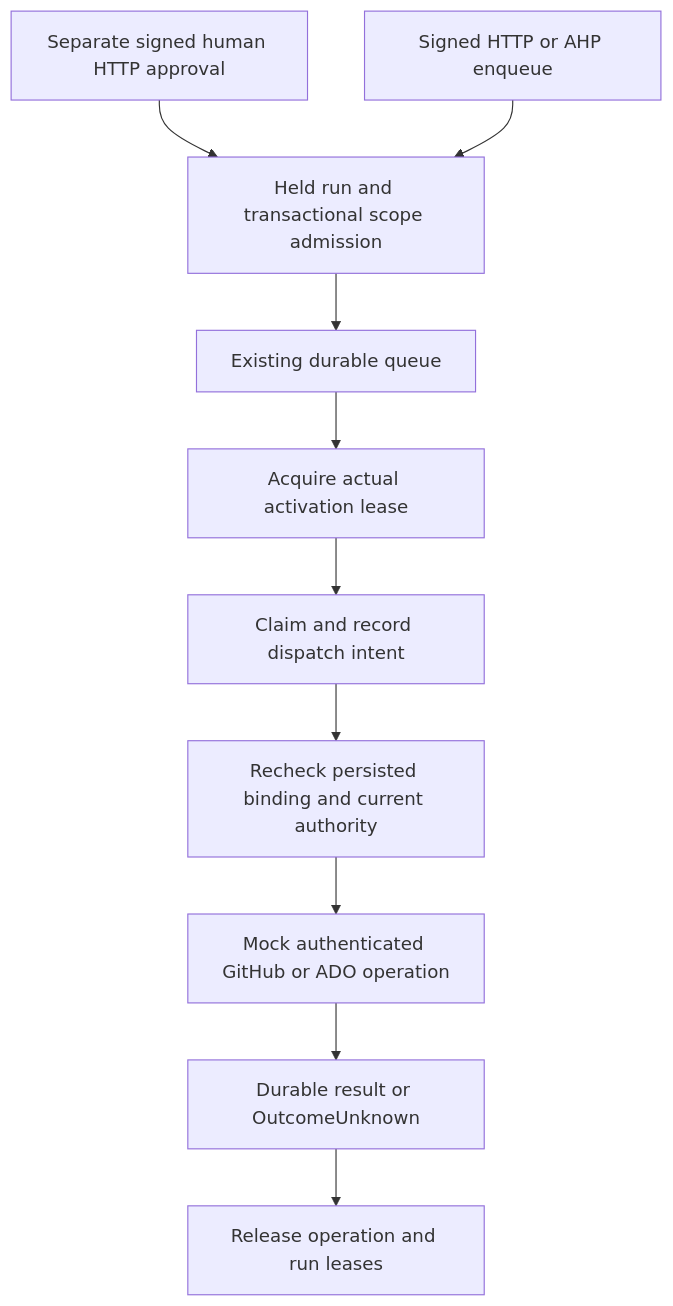
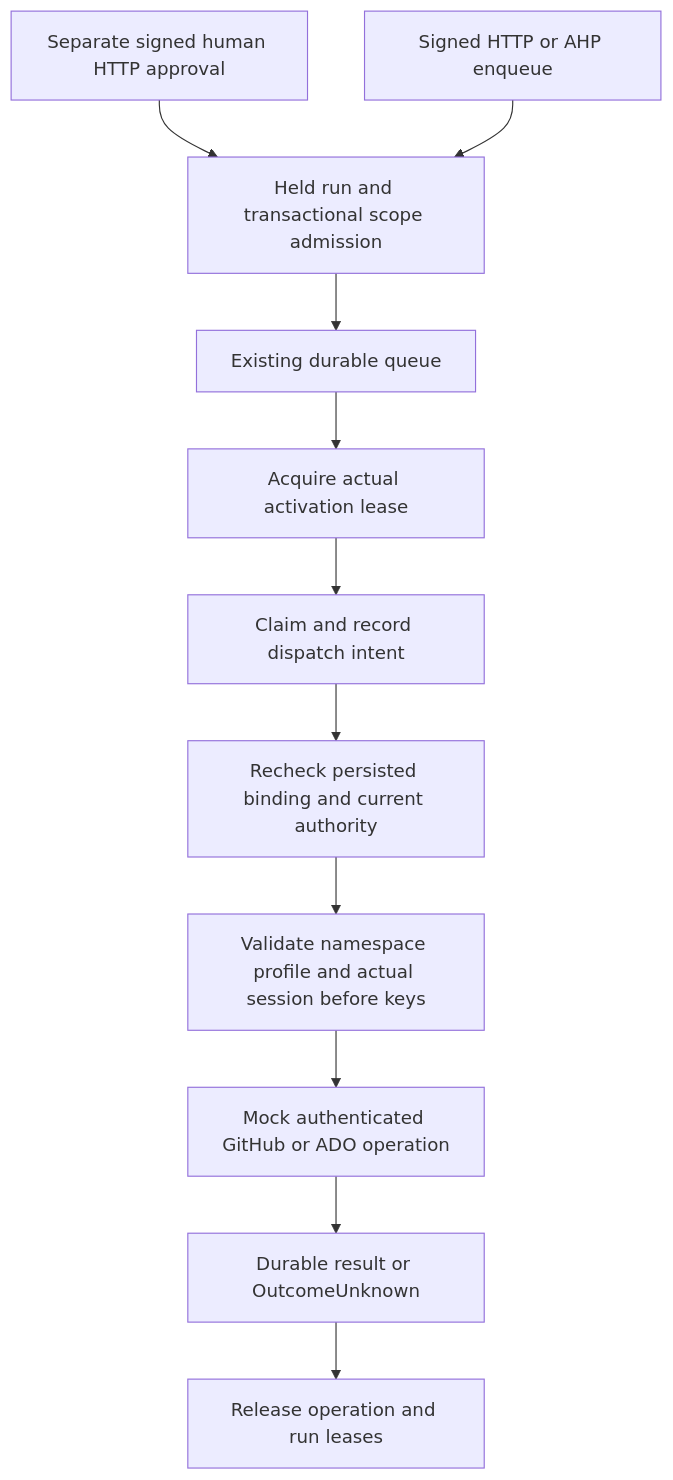
One commit to Enetact/Bicep changed the diagram in docs/foundation-bound-pipeline-consumer.md. Above: the diagram before and after it, drawn with Mermaid. The commit also changed other lines of this file and 32 other files, not shown here.

````diff
--- a/docs/foundation-bound-pipeline-consumer.md
+++ b/docs/foundation-bound-pipeline-consumer.md
@@ -9,12 +41,13 @@
 ```mermaid
 flowchart TD
     H[Separate signed human HTTP approval] --> P[Held run and transactional scope admission]
     A[Signed HTTP or AHP enqueue] --> P
     P --> Q[Existing durable queue]
     Q --> L[Acquire actual activation lease]
     L --> C[Claim and record dispatch intent]
     C --> V[Recheck persisted binding and current authority]
-    V --> M[Mock authenticated GitHub or ADO operation]
+    V --> N[Validate namespace profile and actual session before keys]
+    N --> M[Mock authenticated GitHub or ADO operation]
     M --> O[Durable result or OutcomeUnknown]
     O --> R[Release operation and run leases]
 ```
````
